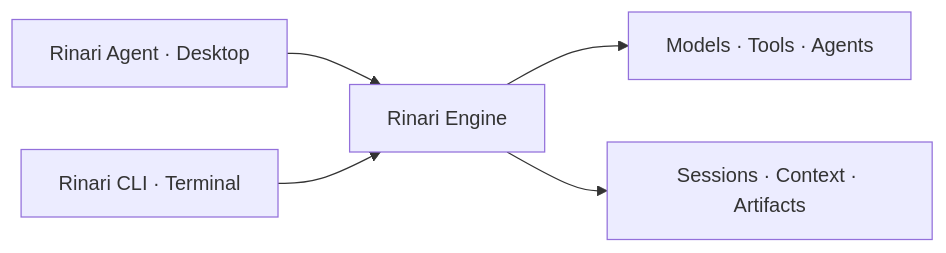
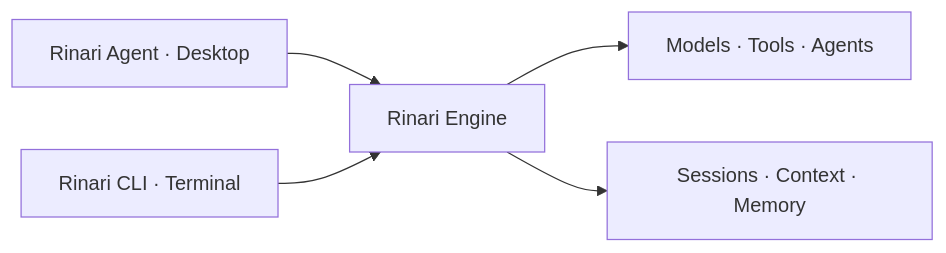
One commit to Xainner/Rinari-Agent changed the diagram in README.md. Above: the diagram before and after it, drawn with Mermaid. The commit also changed other lines of this file and 21 other files, not shown here.

````diff
--- a/README.md
+++ b/README.md
@@ -111,7 +188,7 @@
 ```mermaid
 flowchart LR
     Desktop["Rinari Agent · Desktop"] --> Engine["Rinari Engine"]
     CLI["Rinari CLI · Terminal"] --> Engine
     Engine --> Work["Models · Tools · Agents"]
-    Engine --> State["Sessions · Context · Artifacts"]
+    Engine --> State["Sessions · Context · Memory"]
 ```
````
